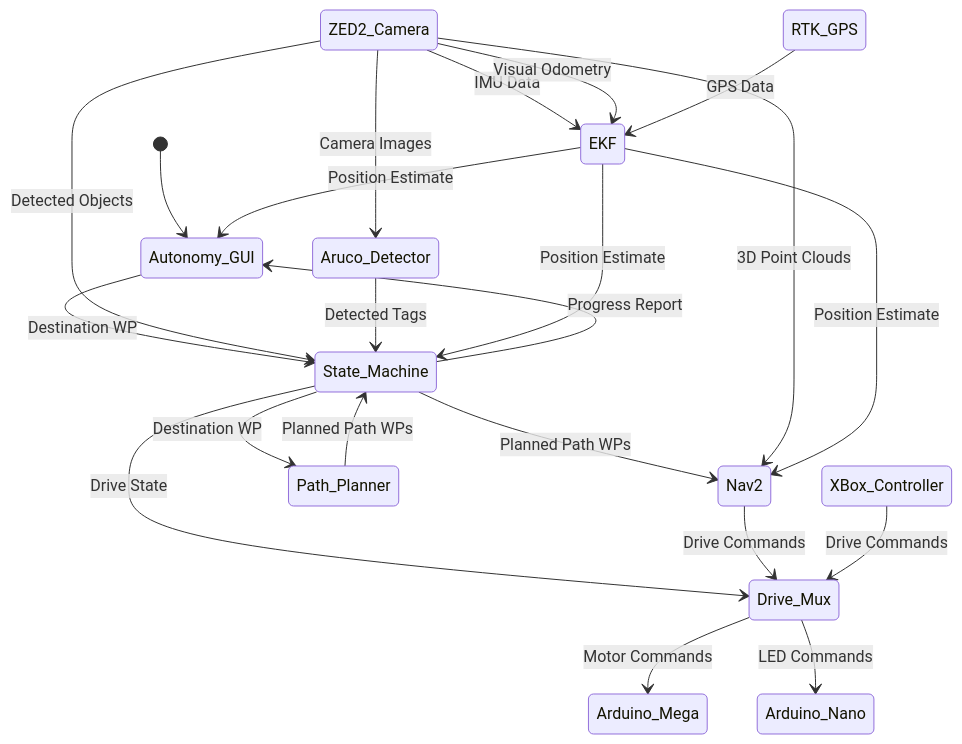
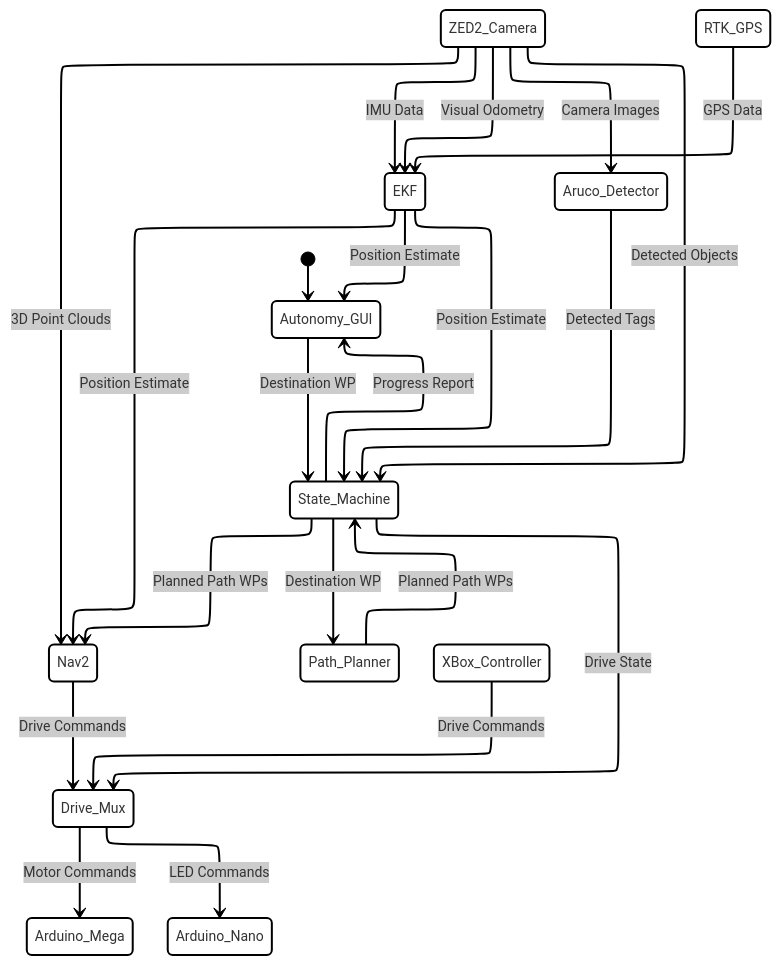
One commit to snelsondurrant/marsrover_2.0 changed the diagram in diagrams/autonomy/software_overview.md. Above: the diagram before and after it, drawn with Mermaid.

````diff
--- a/diagrams/autonomy/software_overview.md
+++ b/diagrams/autonomy/software_overview.md
@@ -1,25 +1,31 @@
 ```mermaid
+---
+config:
+  layout: elk
+  theme: neo
+  look: classic
+---
 stateDiagram-v2
   direction TB
   [*] --> Autonomy_GUI
   Autonomy_GUI --> State_Machine:Destination WP
   State_Machine --> Autonomy_GUI:Progress Report
   State_Machine --> Nav2:Planned Path WPs
   State_Machine --> Path_Planner:Destination WP
   Path_Planner --> State_Machine:Planned Path WPs
   State_Machine --> Drive_Mux:Drive State
   Nav2 --> Drive_Mux:Drive Commands
   XBox_Controller --> Drive_Mux:Drive Commands
   Drive_Mux --> Arduino_Mega:Motor Commands
   Drive_Mux --> Arduino_Nano:LED Commands
   ZED2_Camera --> EKF:IMU Data
   ZED2_Camera --> EKF:Visual Odometry
   ZED2_Camera --> Nav2:3D Point Clouds
   ZED2_Camera --> Aruco_Detector:Camera Images
   ZED2_Camera --> State_Machine:Detected Objects
   Aruco_Detector --> State_Machine:Detected Tags
   RTK_GPS --> EKF:GPS Data
   EKF --> State_Machine:Position Estimate
   EKF --> Autonomy_GUI:Position Estimate
   EKF --> Nav2:Position Estimate
 ```
````
